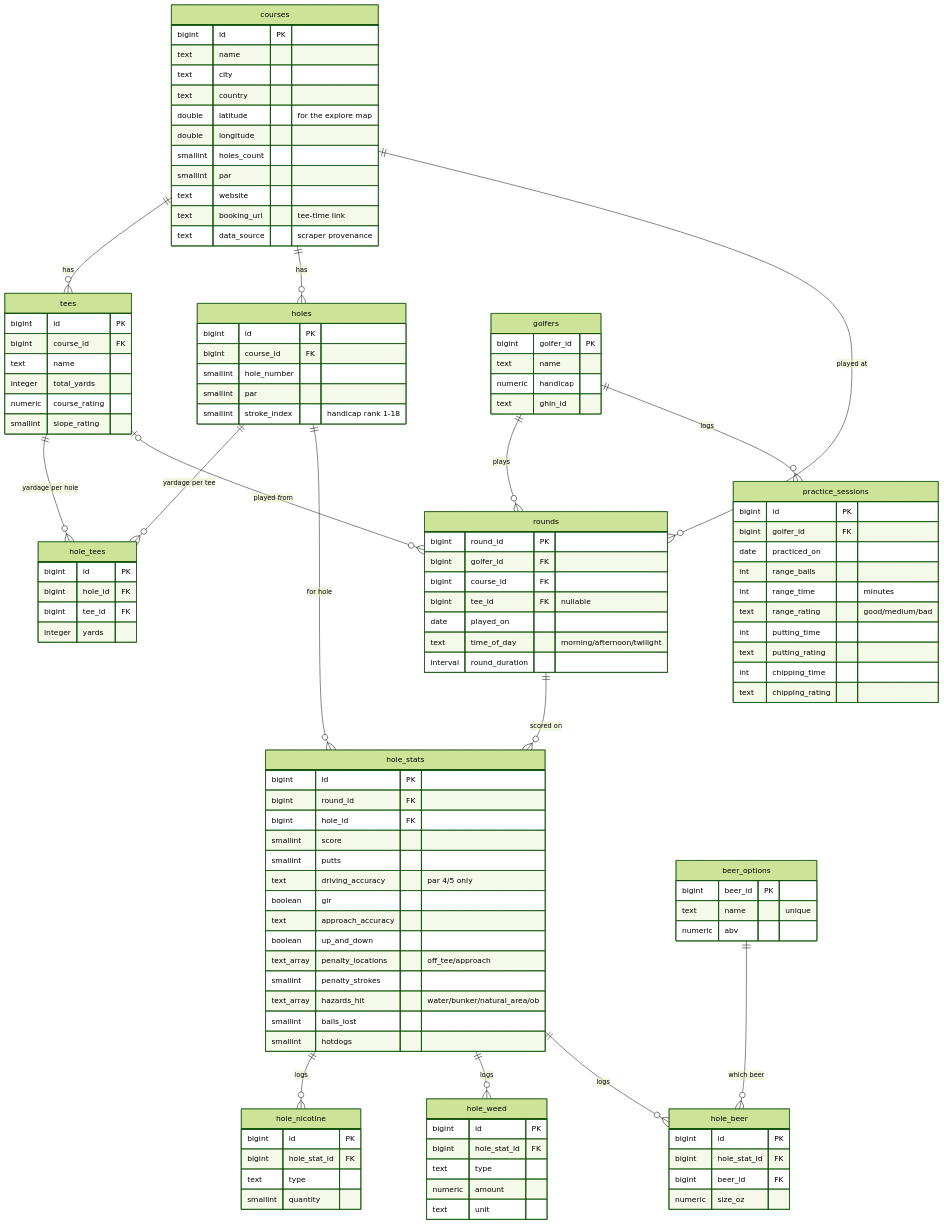
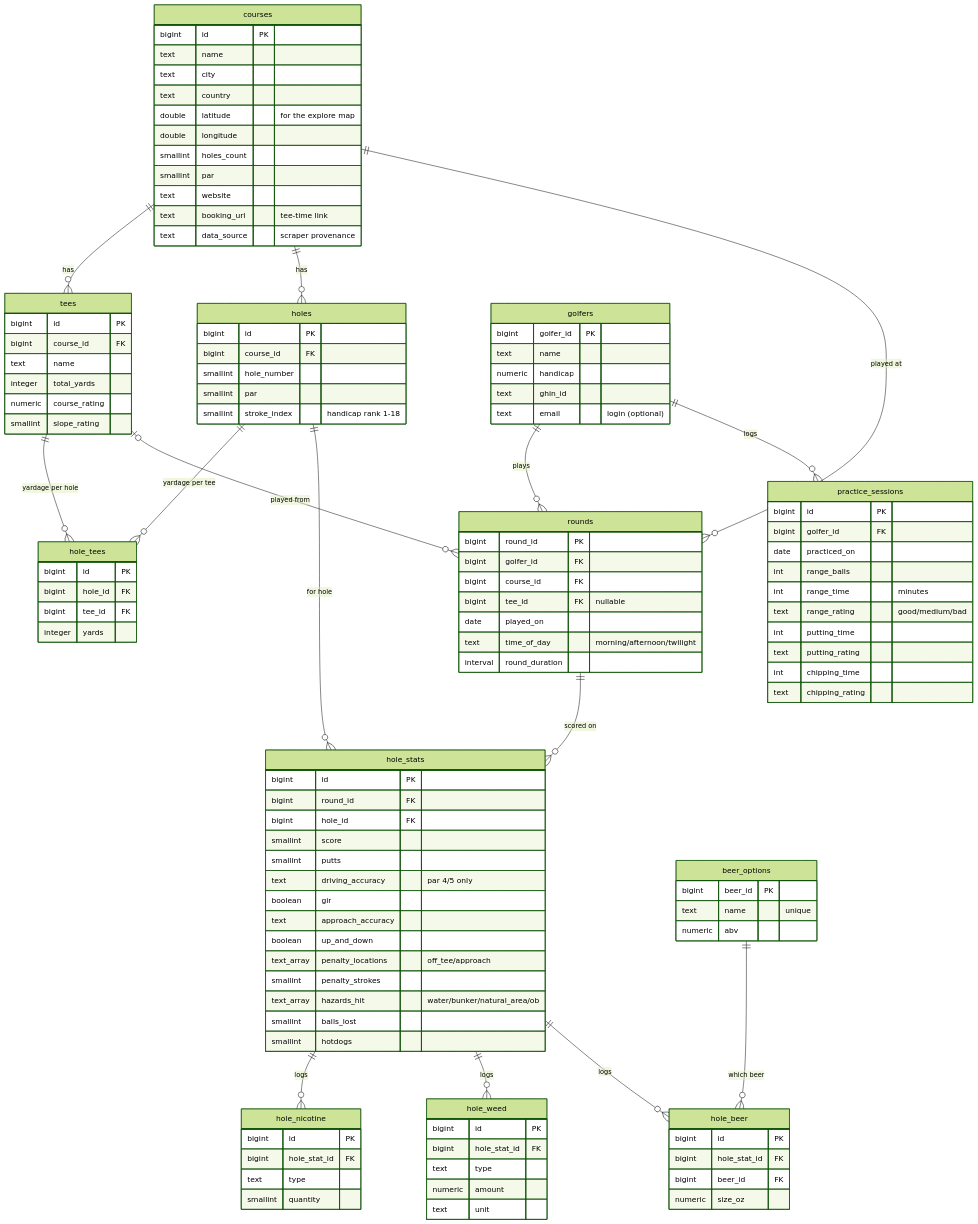
Before and after one commit to tim-markel/golf-stats: the diagram in README.md, drawn with Mermaid (forest theme). The commit also changed other lines of this file and 1 other file, not shown here.

```diff
--- a/README.md
+++ b/README.md
@@ -135,6 +135,7 @@
         text name
         numeric handicap
         text ghin_id
+        text email "login (optional)"
     }
     rounds {
         bigint round_id PK
```
